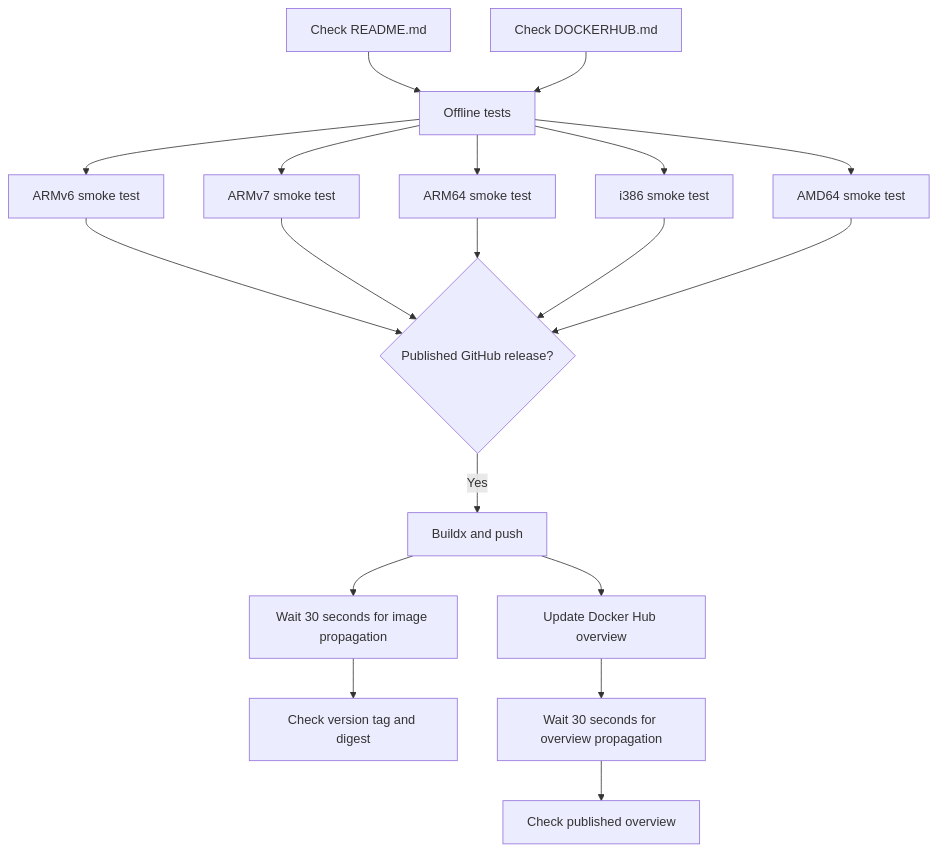
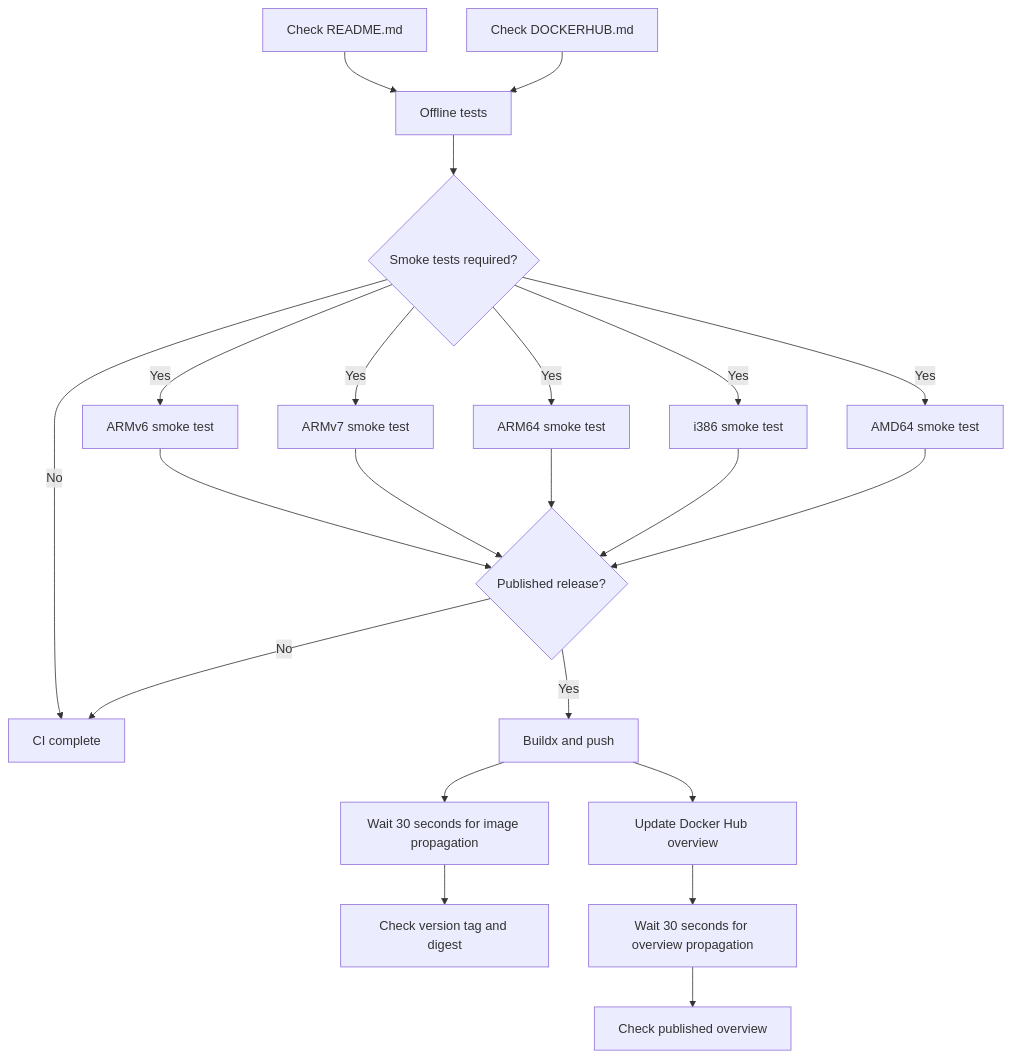
The diagram in docs/release-pipeline.md (ljgonzalez1/lego-cloudflare-ssl-certgen), drawn with Mermaid before and after one commit. The commit also changed other lines of this file and 15 other files, not shown here.

First line of the commit message:
fix(ci): harden Docker Hub publication verification (v4.2.12)

````diff
--- a/docs/release-pipeline.md
+++ b/docs/release-pipeline.md
@@ -21,21 +21,24 @@
 ```mermaid
 flowchart TD
-    readme["Check README.md"] --> offline["Offline tests"]
-    dockerhub["Check DOCKERHUB.md"] --> offline
-    offline --> v6["ARMv6 smoke test"]
-    offline --> v7["ARMv7 smoke test"]
-    offline --> arm64["ARM64 smoke test"]
-    offline --> i386["i386 smoke test"]
-    offline --> amd64["AMD64 smoke test"]
-    v6 --> release{"Published GitHub release?"}
-    v7 --> release
-    arm64 --> release
-    i386 --> release
-    amd64 --> release
-    release -->|Yes| push["Buildx and push"]
-    push --> wait_image["Wait 30 seconds for image propagation"]
-    wait_image --> tag["Check version tag and digest"]
-    push --> update["Update Docker Hub overview"]
-    update --> wait_description["Wait 30 seconds for overview propagation"]
-    wait_description --> description["Check published overview"]
+    Readme["Check README.md"] --> Offline["Offline tests"]
+    Hub["Check DOCKERHUB.md"] --> Offline
+    Offline --> SmokeGate{"Smoke tests required?"}
+    SmokeGate -->|No| Done["CI complete"]
+    SmokeGate -->|Yes| V6["ARMv6 smoke test"]
+    SmokeGate -->|Yes| V7["ARMv7 smoke test"]
+    SmokeGate -->|Yes| ARM64["ARM64 smoke test"]
+    SmokeGate -->|Yes| I386["i386 smoke test"]
+    SmokeGate -->|Yes| AMD64["AMD64 smoke test"]
+    V6 --> Release{"Published release?"}
+    V7 --> Release
+    ARM64 --> Release
+    I386 --> Release
+    AMD64 --> Release
+    Release -->|No| Done
+    Release -->|Yes| Publish["Buildx and push"]
+    Publish --> WaitImage["Wait 30 seconds for image propagation"]
+    WaitImage --> Tag["Check version tag and digest"]
+    Publish --> Update["Update Docker Hub overview"]
+    Update --> WaitDescription["Wait 30 seconds for overview propagation"]
+    WaitDescription --> Verify["Check published overview"]
 ```
````
